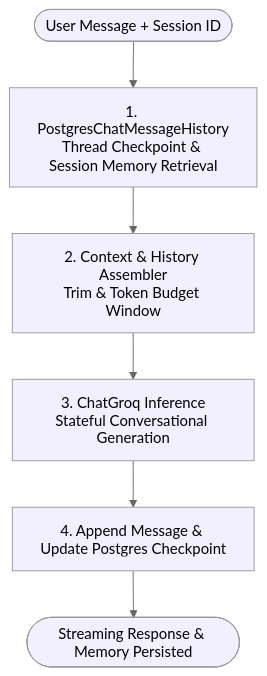
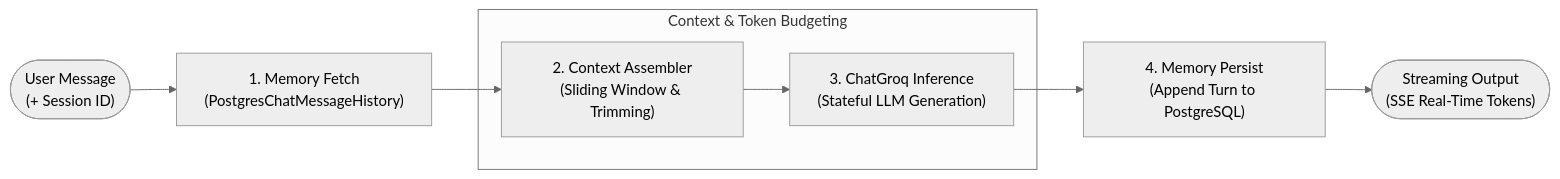
Before and after one commit to ambideXtrous9/Langchain-Langgraph-Notebooks: the tenth of 14 diagrams in README.md, drawn with Mermaid (neutral theme). The commit also changed other lines of this file, not shown here.

Commit message:
docs(readme): thoroughly clean, simplify and standardize all 14 architecture and workflow diagrams

````diff
--- a/README.md
+++ b/README.md
@@ -602,10 +587,14 @@
 ```mermaid
-flowchart TD
-    Start([User Message + Session ID]) --> FetchHistory[1. PostgresChatMessageHistory\nThread Checkpoint & Session Memory Retrieval]
-    FetchHistory --> ContextAssembler[2. Context & History Assembler\nTrim & Token Budget Window]
-    ContextAssembler --> ChatLLM[3. ChatGroq Inference\nStateful Conversational Generation]
-    ChatLLM --> AppendHistory[4. Append Message & Update Postgres Checkpoint]
-    AppendHistory --> EndNode([Streaming Response & Memory Persisted])
+flowchart LR
+    Start(["User Message\n(+ Session ID)"]) --> Fetch["1. Memory Fetch\n(PostgresChatMessageHistory)"]
     
-    classDef default fill:#f2f0ff,line-height:1.2
+    subgraph ContextManagement ["Context & Token Budgeting"]
+        Assemble["2. Context Assembler\n(Sliding Window & Trimming)"]
+        LLM["3. ChatGroq Inference\n(Stateful LLM Generation)"]
+        Assemble --> LLM
+    end
+    
+    Fetch --> Assemble
+    LLM --> Persist["4. Memory Persist\n(Append Turn to PostgreSQL)"]
+    Persist --> Stream(["Streaming Output\n(SSE Real-Time Tokens)"])
 ```
````
